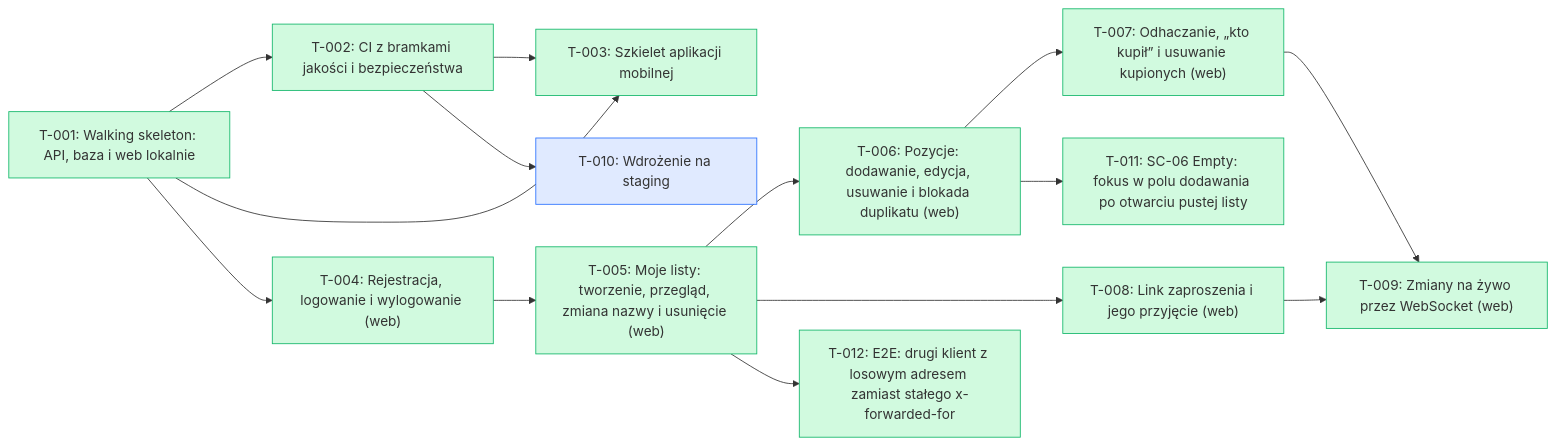
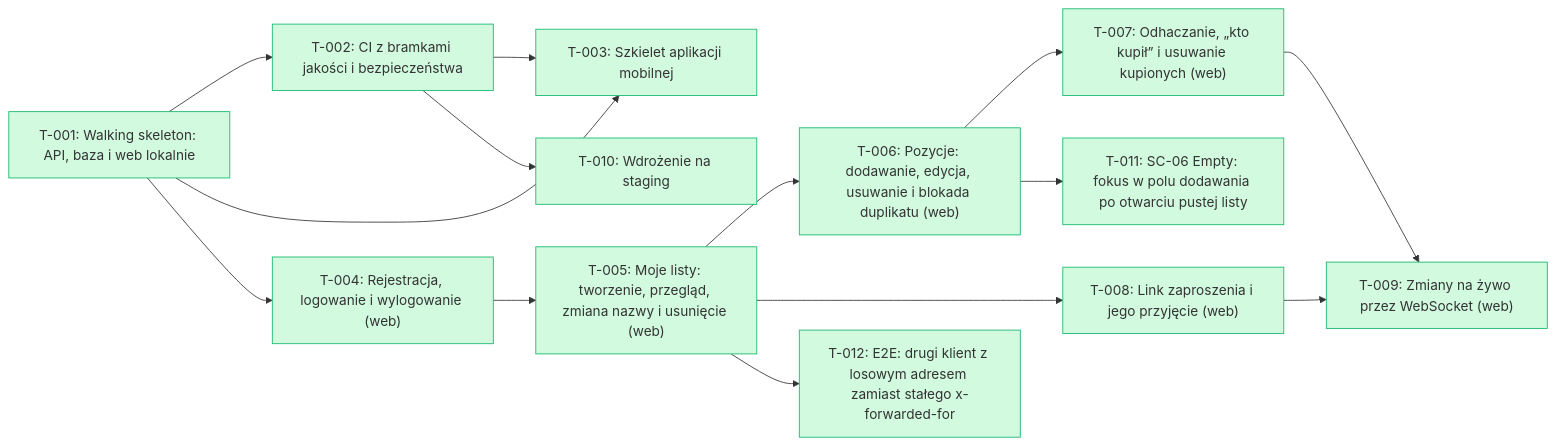
Before and after one commit to tombraz/lista-zakupow: the diagram in docs/backlog/index.md, drawn with Mermaid. The commit also changed other lines of this file and 4 other files, not shown here.

````diff
--- a/docs/backlog/index.md
+++ b/docs/backlog/index.md
@@ -17,32 +17,32 @@
 ```mermaid
 flowchart LR
   T_001["T-001: Walking skeleton: API, baza i web lokalnie"]:::done
   T_002["T-002: CI z bramkami jakości i bezpieczeństwa"]:::done
   T_003["T-003: Szkielet aplikacji mobilnej"]:::done
   T_004["T-004: Rejestracja, logowanie i wylogowanie (web)"]:::done
   T_005["T-005: Moje listy: tworzenie, przegląd, zmiana nazwy i usunięcie (web)"]:::done
   T_006["T-006: Pozycje: dodawanie, edycja, usuwanie i blokada duplikatu (web)"]:::done
   T_007["T-007: Odhaczanie, „kto kupił” i usuwanie kupionych (web)"]:::done
   T_008["T-008: Link zaproszenia i jego przyjęcie (web)"]:::done
   T_009["T-009: Zmiany na żywo przez WebSocket (web)"]:::done
-  T_010["T-010: Wdrożenie na staging"]:::qa
+  T_010["T-010: Wdrożenie na staging"]:::done
   T_011["T-011: SC-06 Empty: fokus w polu dodawania po otwarciu pustej listy"]:::done
   T_012["T-012: E2E: drugi klient z losowym adresem zamiast stałego x-forwarded-for"]:::done
   T_001 --> T_002
   T_001 --> T_003
   T_002 --> T_003
   T_001 --> T_004
   T_004 --> T_005
   T_005 --> T_006
   T_006 --> T_007
   T_005 --> T_008
   T_007 --> T_009
   T_008 --> T_009
   T_002 --> T_010
   T_006 --> T_011
   T_005 --> T_012
   classDef done fill:#d1fadf,stroke:#12b76a
   classDef wip fill:#fef0c7,stroke:#f79009
   classDef qa fill:#e0eaff,stroke:#2970ff
   classDef blocked fill:#fee4e2,stroke:#f04438
 ```
````
